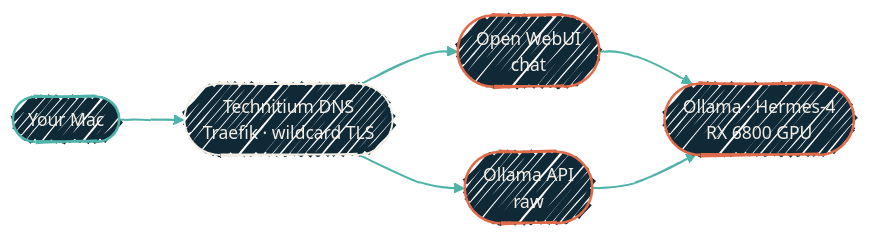
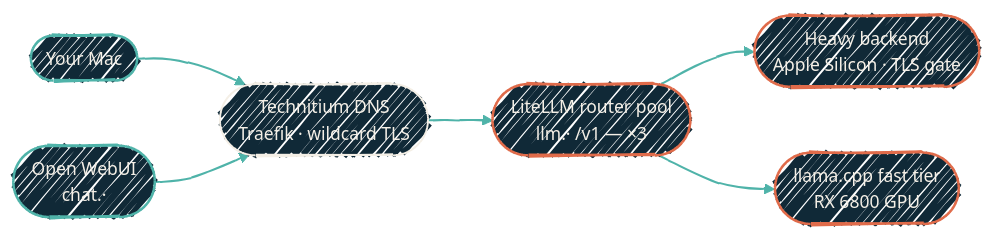
One commit to dryvist/docs changed the diagram in local-llm/homelab-gpu.mdx. Above: the diagram before and after it, drawn with Mermaid. The commit also changed other lines of this file and 1 other file, not shown here.

First line of the commit message:
docs(local-llm): homelab GPU page rewritten to the routed fabric

````diff
--- a/local-llm/homelab-gpu.mdx
+++ b/local-llm/homelab-gpu.mdx
@@ -26,23 +30,26 @@
 ```mermaid
 %%{init: {'theme':'base','look':'handDrawn','themeVariables':{'fontFamily':'Geist','fontSize':'14px','primaryColor':'#102937','primaryTextColor':'#F4EFE6','primaryBorderColor':'#4FB3A9','lineColor':'#4FB3A9','secondaryColor':'#0B1D2A','tertiaryColor':'#1A2A38','clusterBkg':'rgba(79,179,169,0.08)','clusterBorder':'#4FB3A9'}}}%%
 flowchart LR
   Mac([Your Mac])
+  Chat([Open WebUI<br/>chat.·])
   Edge([Technitium DNS<br/>Traefik · wildcard TLS])
-  Web([Open WebUI<br/>chat])
-  API([Ollama API<br/>raw])
-  GPU([Ollama · Hermes-4<br/>RX 6800 GPU])
+  Pool([LiteLLM router pool<br/>llm.· /v1 — ×3])
+  Large([Heavy backend<br/>Apple Silicon · TLS gate])
+  Fast([llama.cpp fast tier<br/>RX 6800 GPU])
 
   Mac --> Edge
-  Edge --> Web --> GPU
-  Edge --> API --> GPU
+  Chat --> Edge
+  Edge --> Pool
+  Pool --> Large
+  Pool --> Fast
 
   classDef host fill:#102937,stroke:#4FB3A9,stroke-width:2px,color:#F4EFE6;
   classDef edge fill:#102937,stroke:#F4EFE6,stroke-width:1.5px,color:#F4EFE6;
   classDef ai   fill:#102937,stroke:#E06B4A,stroke-width:2px,color:#F4EFE6;
 
-  class Mac host
+  class Mac,Chat host
   class Edge edge
-  class Web,API,GPU ai
+  class Pool,Large,Fast ai
 
   linkStyle default stroke:#4FB3A9,stroke-width:1.5px;
 ```
````
